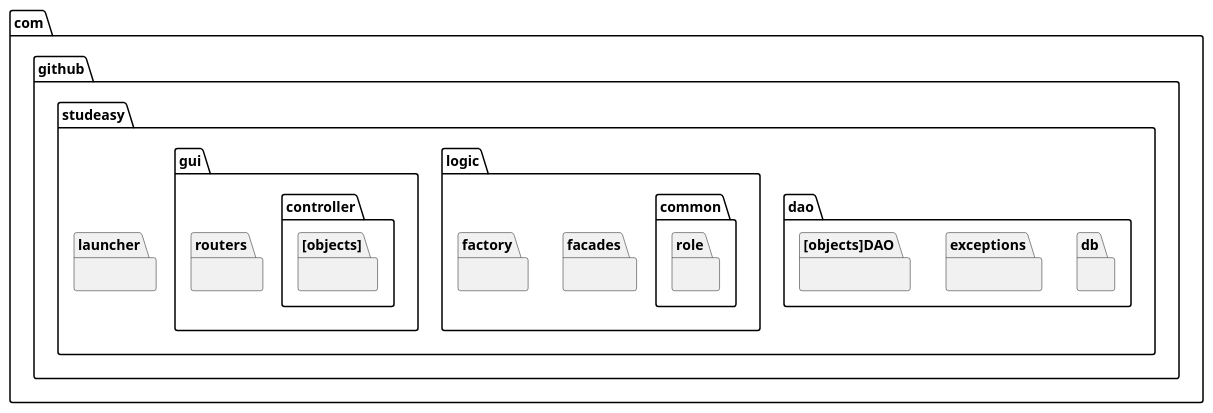
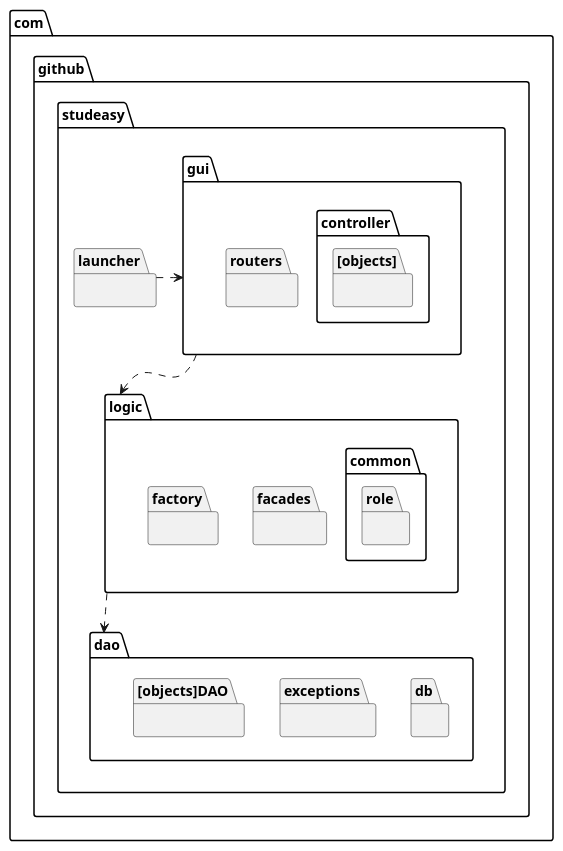
One commit to guiguie34/StudEasy changed the diagram in project_diagrams/architectureDiagram.puml. Above: the diagram before and after it, drawn with PlantUML. The commit also changed 4 other files, not shown here.

Commit message:
Fix : sequence diagrams + architecture diagrams

```diff
--- a/project_diagrams/architectureDiagram.puml
+++ b/project_diagrams/architectureDiagram.puml
@@ -1,27 +1,30 @@
 @startuml
 package com.github.studeasy{
     package launcher{}
 
     package dao{
         package db{}
         package exceptions{}
         package "[objects]DAO"{}
     }
 
     package logic{
       package common{
           package role{}
       }
       package facades{}
       package factory{}
   }
 
     package gui{
         package controller{
             package "[objects]"{}
         }
         package routers{}
     }
+
+    launcher .right.> gui
+    gui ..> logic
+    logic ..> dao
 }
-
 @enduml
```
